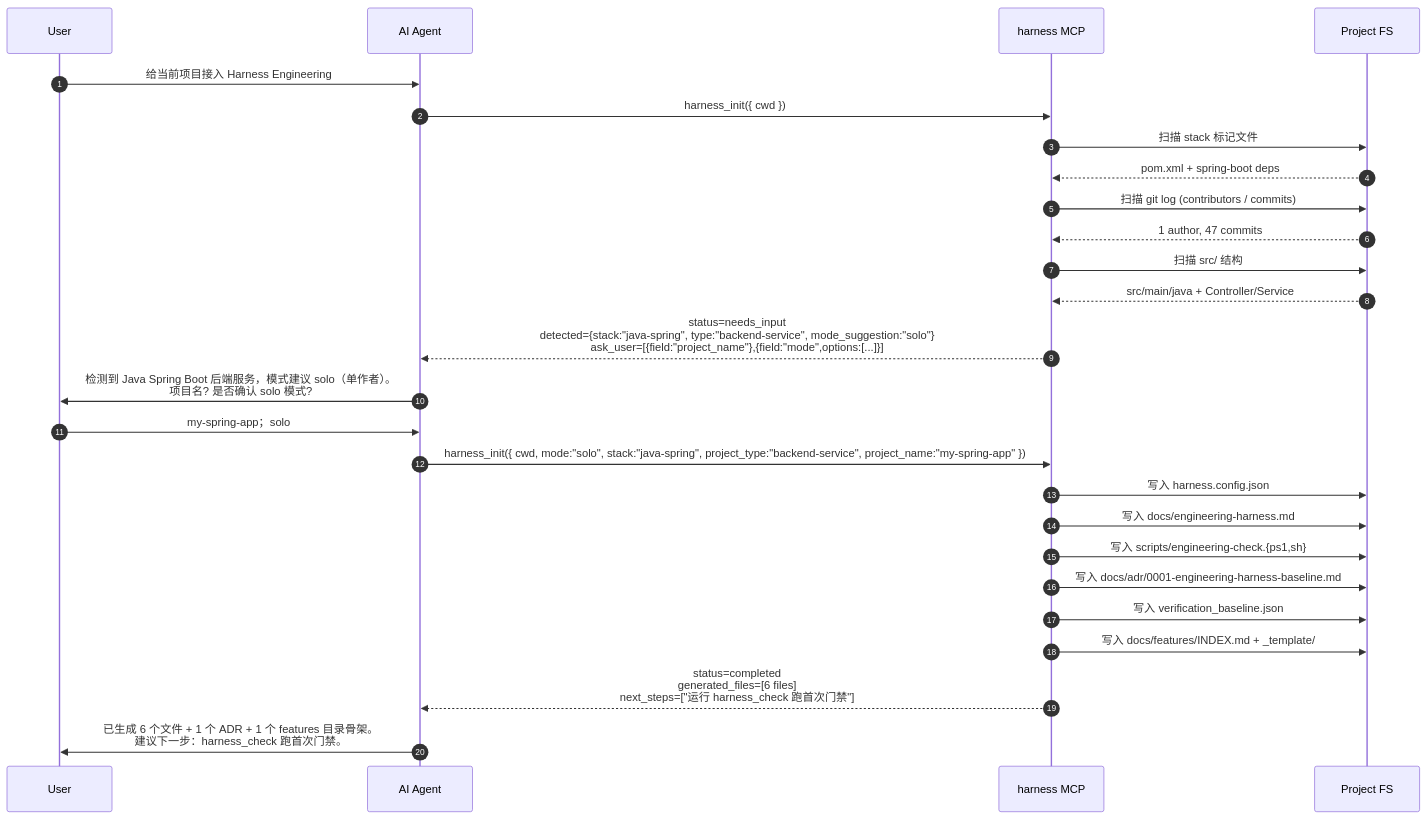
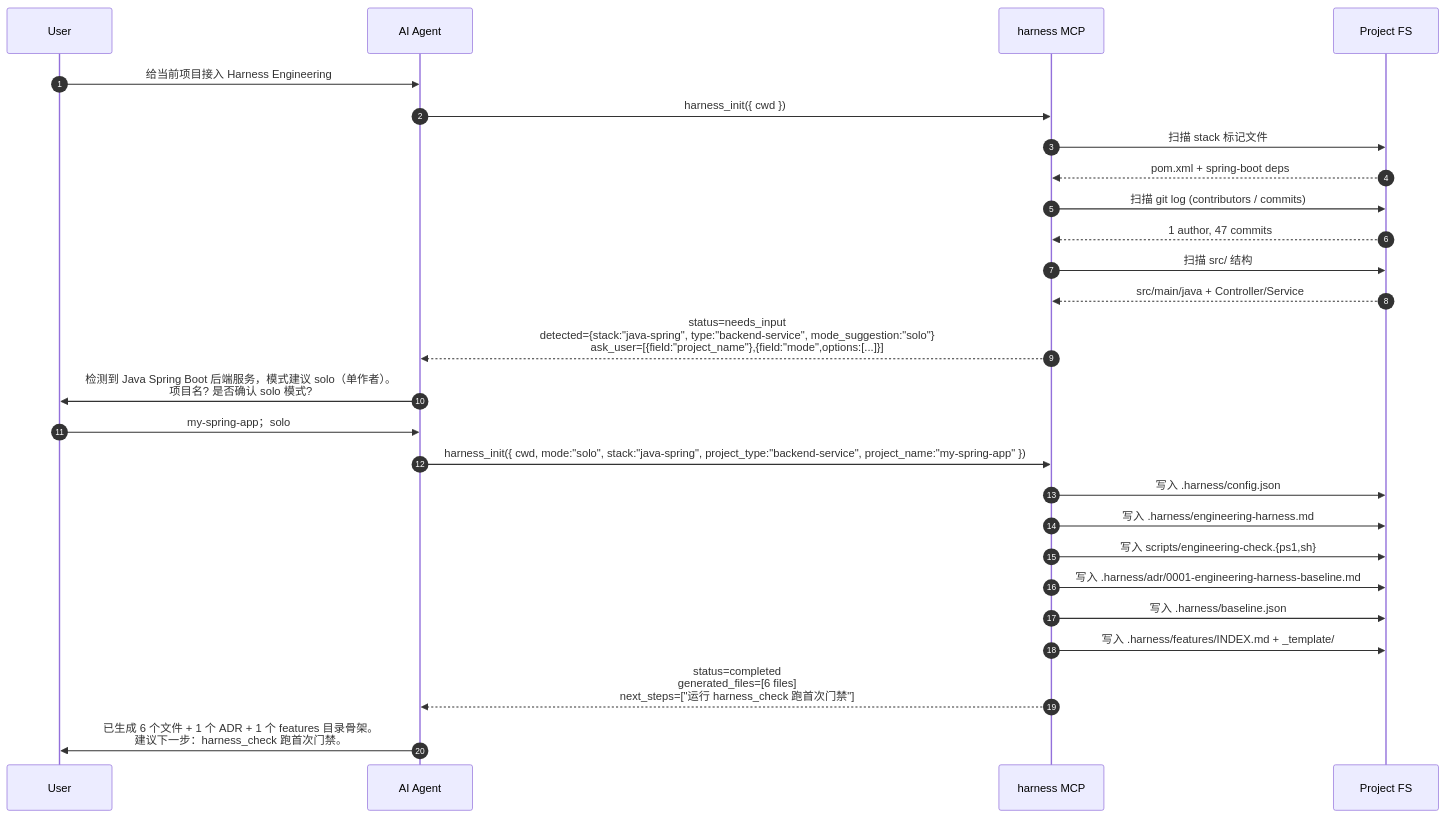
The first of 2 diagrams in docs/PROPOSAL.md (movebrickschi/harness-engineering-mcp), drawn with Mermaid before and after one commit. The commit also changed other lines of this file and 63 other files, not shown here.

````diff
--- a/docs/PROPOSAL.md
+++ b/docs/PROPOSAL.md
@@ -401,29 +401,29 @@
 ```mermaid
 sequenceDiagram
   autonumber
   participant U as User
   participant AI as AI Agent
   participant MCP as harness MCP
   participant FS as Project FS
 
   U->>AI: 给当前项目接入 Harness Engineering
   AI->>MCP: harness_init({ cwd })
   MCP->>FS: 扫描 stack 标记文件
   FS-->>MCP: pom.xml + spring-boot deps
   MCP->>FS: 扫描 git log (contributors / commits)
   FS-->>MCP: 1 author, 47 commits
   MCP->>FS: 扫描 src/ 结构
   FS-->>MCP: src/main/java + Controller/Service
   MCP-->>AI: status=needs_input<br/>detected={stack:"java-spring", type:"backend-service", mode_suggestion:"solo"}<br/>ask_user=[{field:"project_name"},{field:"mode",options:[...]}]
   AI->>U: 检测到 Java Spring Boot 后端服务，模式建议 solo（单作者）。<br/>项目名? 是否确认 solo 模式?
   U->>AI: my-spring-app；solo
   AI->>MCP: harness_init({ cwd, mode:"solo", stack:"java-spring", project_type:"backend-service", project_name:"my-spring-app" })
-  MCP->>FS: 写入 harness.config.json
-  MCP->>FS: 写入 docs/engineering-harness.md
+  MCP->>FS: 写入 .harness/config.json
+  MCP->>FS: 写入 .harness/engineering-harness.md
   MCP->>FS: 写入 scripts/engineering-check.{ps1,sh}
-  MCP->>FS: 写入 docs/adr/0001-engineering-harness-baseline.md
-  MCP->>FS: 写入 verification_baseline.json
-  MCP->>FS: 写入 docs/features/INDEX.md + _template/
+  MCP->>FS: 写入 .harness/adr/0001-engineering-harness-baseline.md
+  MCP->>FS: 写入 .harness/baseline.json
+  MCP->>FS: 写入 .harness/features/INDEX.md + _template/
   MCP-->>AI: status=completed<br/>generated_files=[6 files]<br/>next_steps=["运行 harness_check 跑首次门禁"]
   AI->>U: 已生成 6 个文件 + 1 个 ADR + 1 个 features 目录骨架。<br/>建议下一步：harness_check 跑首次门禁。
 ```
````
